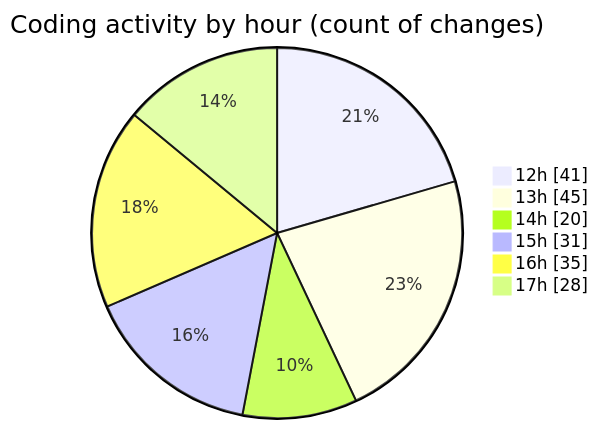
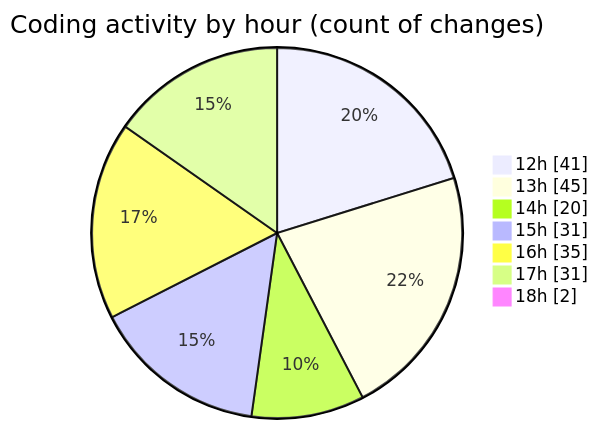
Before and after one commit to momahboobian/code-tracking: the second of 2 diagrams in 2025-12-02/cda/README.md, drawn with Mermaid. The commit also changed other lines of this file and 1 other file, not shown here.

````diff
--- a/2025-12-02/cda/README.md
+++ b/2025-12-02/cda/README.md
@@ -40,10 +40,11 @@
 ```mermaid
 pie showData
 title Coding activity by hour (count of changes)
 "12h" : 41
 "13h" : 45
 "14h" : 20
 "15h" : 31
 "16h" : 35
-"17h" : 28
+"17h" : 31
+"18h" : 2
 ```
````
